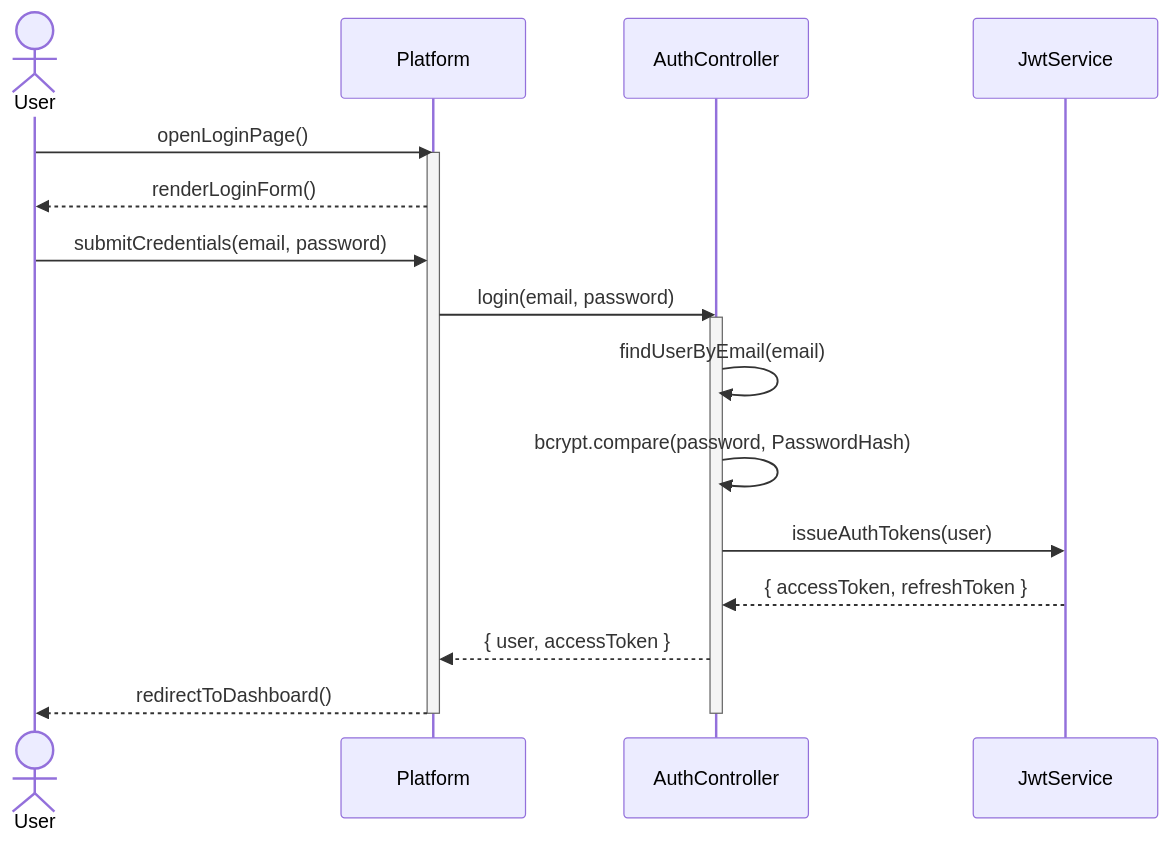
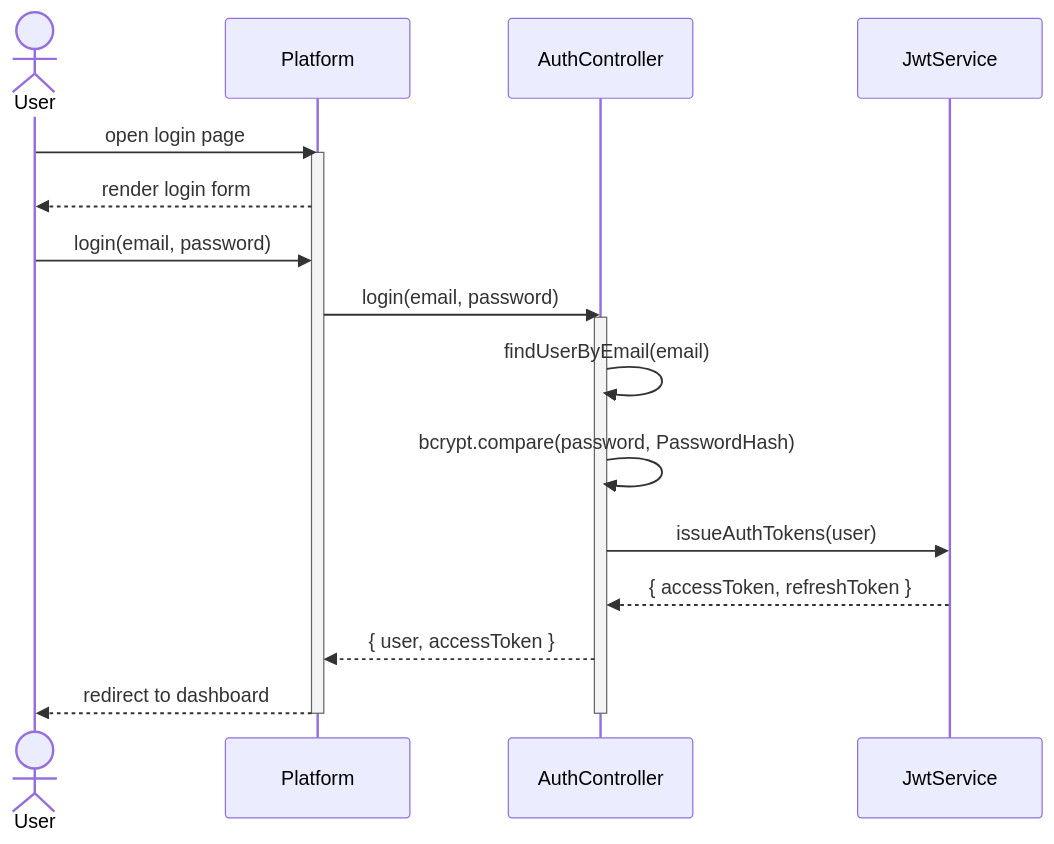
The first of 20 diagrams in diagrams/Sequence Diagram/sequencediagram.md (NovaLogic-Systems/gestArtes-docs), drawn with Mermaid before and after one commit. The commit also changed other lines of this file and 21 other files, not shown here.

First line of the commit message:
feat(diagrams): update class diagram and sequence diagram with new methods and entities

````diff
--- a/diagrams/Sequence Diagram/sequencediagram.md
+++ b/diagrams/Sequence Diagram/sequencediagram.md
@@ -3,22 +3,22 @@
 ```mermaid
 sequenceDiagram
     actor User
     participant Platform as Platform
     participant AuthController as AuthController
     participant JwtService as JwtService
 
-    User->>Platform: openLoginPage()
+    User->>Platform: open login page
     activate Platform
-    Platform-->>User: renderLoginForm()
-    User->>Platform: submitCredentials(email, password)
+    Platform-->>User: render login form
+    User->>Platform: login(email, password)
     Platform->>AuthController: login(email, password)
     activate AuthController
     AuthController->>AuthController: findUserByEmail(email)
     AuthController->>AuthController: bcrypt.compare(password, PasswordHash)
     AuthController->>JwtService: issueAuthTokens(user)
     JwtService-->>AuthController: { accessToken, refreshToken }
     AuthController-->>Platform: { user, accessToken }
-    Platform-->>User: redirectToDashboard()
+    Platform-->>User: redirect to dashboard
     deactivate AuthController
     deactivate Platform
 ```
````
